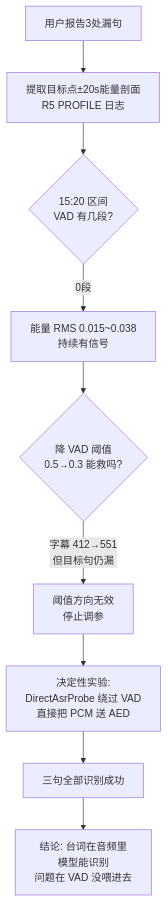
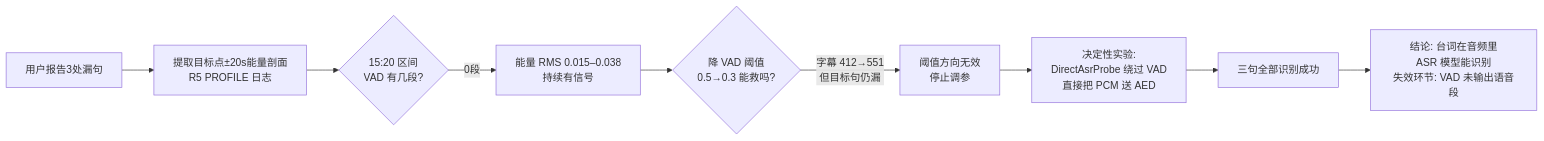
The second of 3 diagrams in ASR漏句问题技术复盘.md (Ellery1/MagPlay), drawn with Mermaid before and after one commit. The commit also changed other lines of this file, not shown here.

````diff
--- a/ASR漏句问题技术复盘.md
+++ b/ASR漏句问题技术复盘.md
@@ -57,11 +66,11 @@
 ```mermaid
-flowchart TD
+flowchart LR
     A[用户报告3处漏句] --> B[提取目标点±20s能量剖面<br/>R5 PROFILE 日志]
     B --> C{15:20 区间<br/>VAD 有几段?}
-    C -->|0段| D[能量 RMS 0.015~0.038<br/>持续有信号]
+    C -->|0段| D[能量 RMS 0.015–0.038<br/>持续有信号]
     D --> E{降 VAD 阈值<br/>0.5→0.3 能救吗?}
     E -->|字幕 412→551<br/>但目标句仍漏| F[阈值方向无效<br/>停止调参]
     F --> G[决定性实验:<br/>DirectAsrProbe 绕过 VAD<br/>直接把 PCM 送 AED]
     G --> H[三句全部识别成功]
-    H --> I[结论: 台词在音频里<br/>模型能识别<br/>问题在 VAD 没喂进去]
+    H --> I[结论: 台词在音频里<br/>ASR 模型能识别<br/>失效环节: VAD 未输出语音段]
 ```
````
